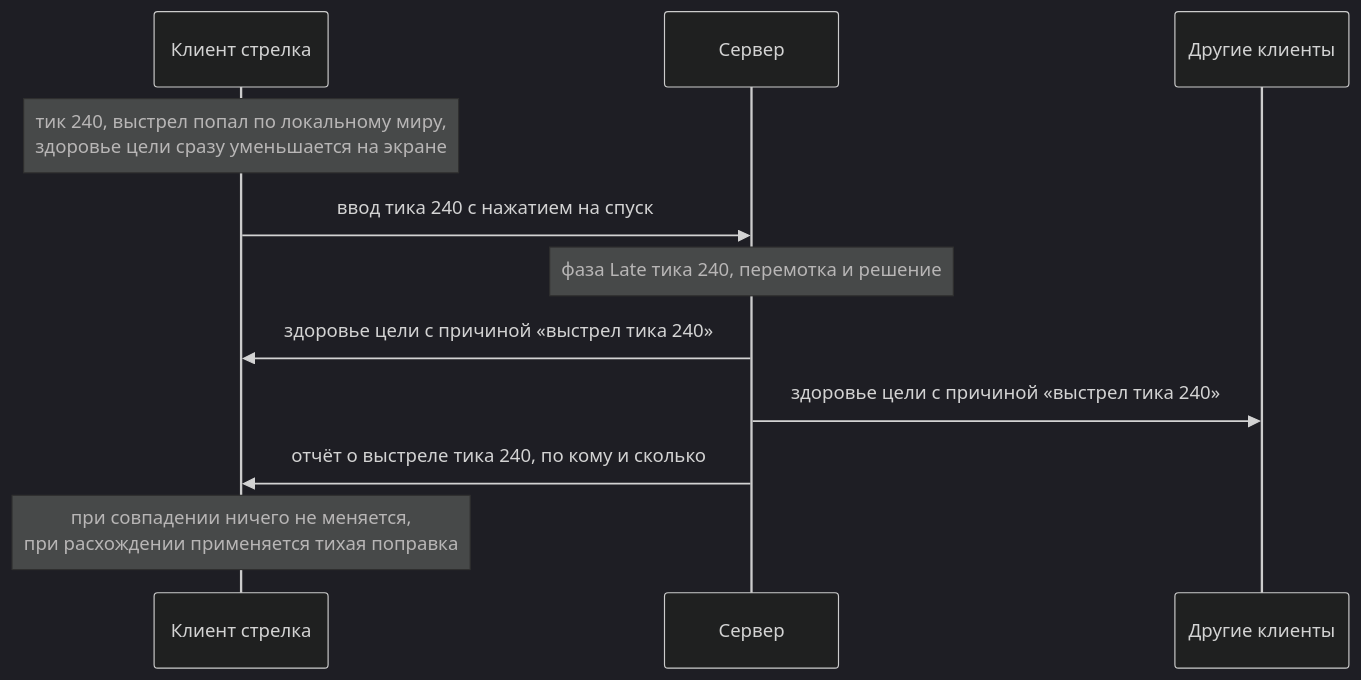
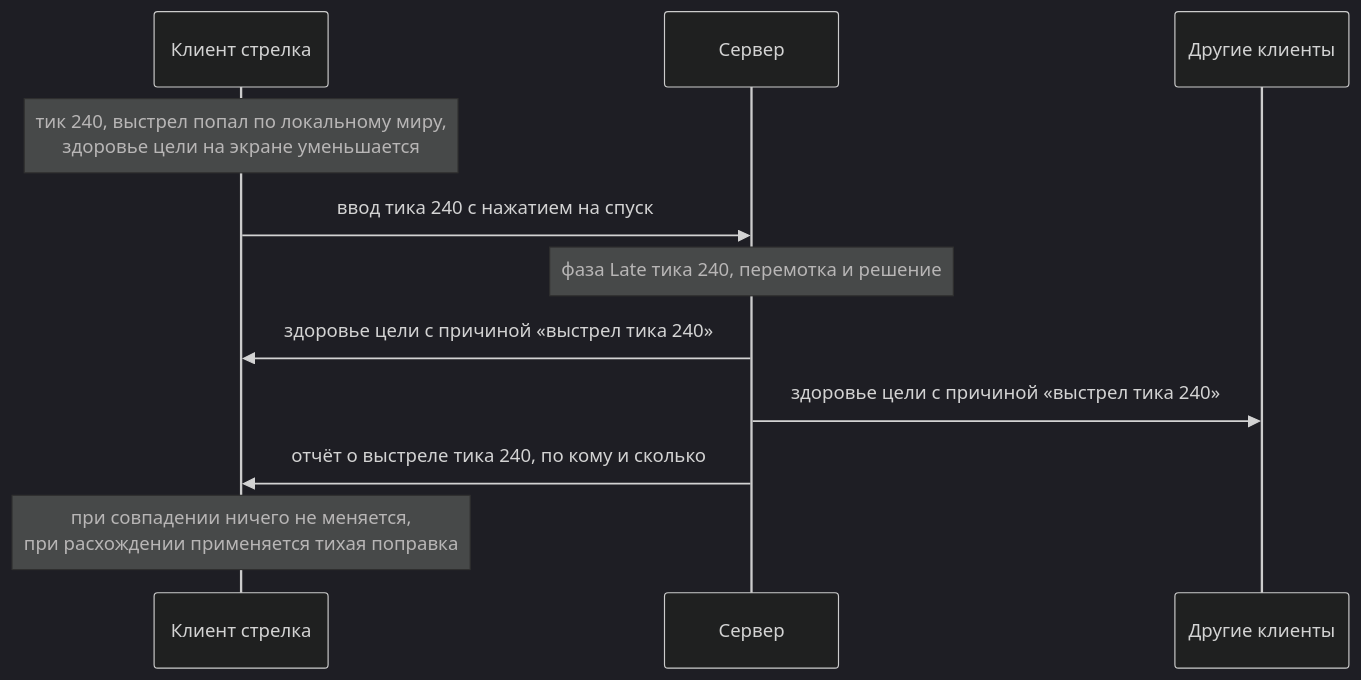
The fifth of 8 diagrams in README.md (pndte/match-please), drawn with Mermaid (dark theme) before and after one commit. The commit also changed other lines of this file, not shown here.

````diff
--- a/README.md
+++ b/README.md
@@ -642,13 +653,13 @@
 ```mermaid
 sequenceDiagram
     participant A as Клиент стрелка
     participant S as Сервер
     participant O as Другие клиенты
-    Note over A: тик 240, выстрел попал по локальному миру,<br/>здоровье цели сразу уменьшается на экране
+    Note over A: тик 240, выстрел попал по локальному миру,<br/>здоровье цели на экране уменьшается
     A->>S: ввод тика 240 с нажатием на спуск
     Note over S: фаза Late тика 240, перемотка и решение
     S->>A: здоровье цели с причиной «выстрел тика 240»
     S->>O: здоровье цели с причиной «выстрел тика 240»
     S->>A: отчёт о выстреле тика 240, по кому и сколько
     Note over A: при совпадении ничего не меняется,<br/>при расхождении применяется тихая поправка
 ```
````
